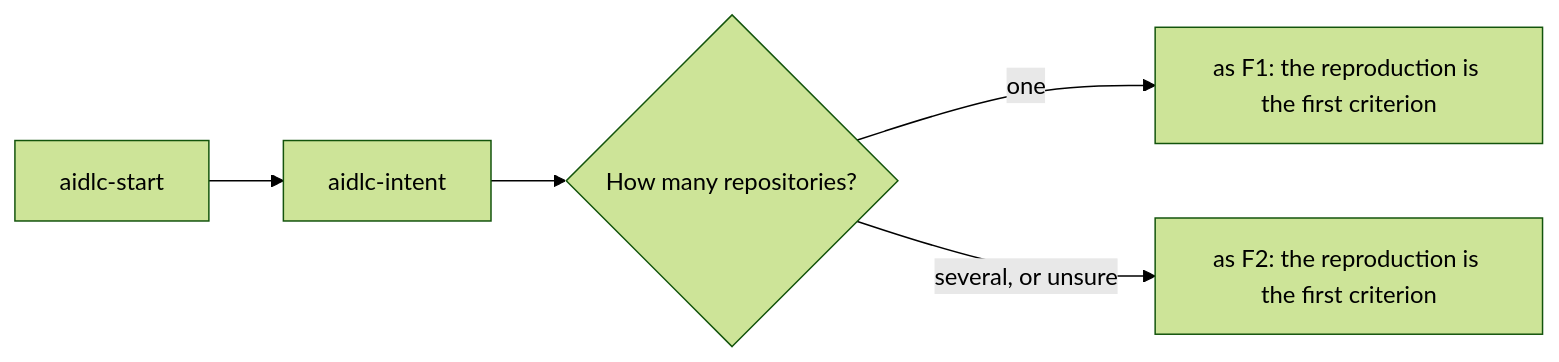
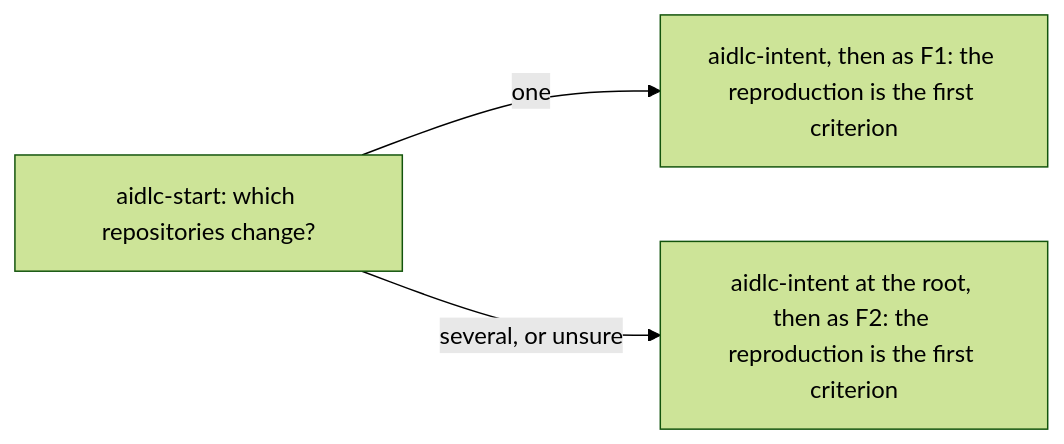
Before and after one commit to prashantsharma18/aidlc: the seventh of 11 diagrams in docs/operating-model/routes.md, drawn with Mermaid (forest theme). The commit also changed other lines of this file and 3 other files, not shown here.

First line of the commit message:
fix(docs): Plan 18 final review: UNAFFECTED in the story index, status --write, no-repro stop, route I via aidlc-operate, every gate on the sheet, Tier 1 plan approval

````diff
--- a/docs/operating-model/routes.md
+++ b/docs/operating-model/routes.md
@@ -152,7 +159,5 @@
 ```mermaid
 flowchart LR
-    start["aidlc-start"] --> intent["aidlc-intent"]
-    intent --> route{"How many repositories?"}
-    route -->|"one"| F1["as F1: the reproduction is the first criterion"]
-    route -->|"several, or unsure"| F2["as F2: the reproduction is the first criterion"]
+    start["aidlc-start: which repositories change?"] -->|"one"| F1["aidlc-intent, then as F1: the reproduction is the first criterion"]
+    start -->|"several, or unsure"| F2["aidlc-intent at the root, then as F2: the reproduction is the first criterion"]
 ```
````
